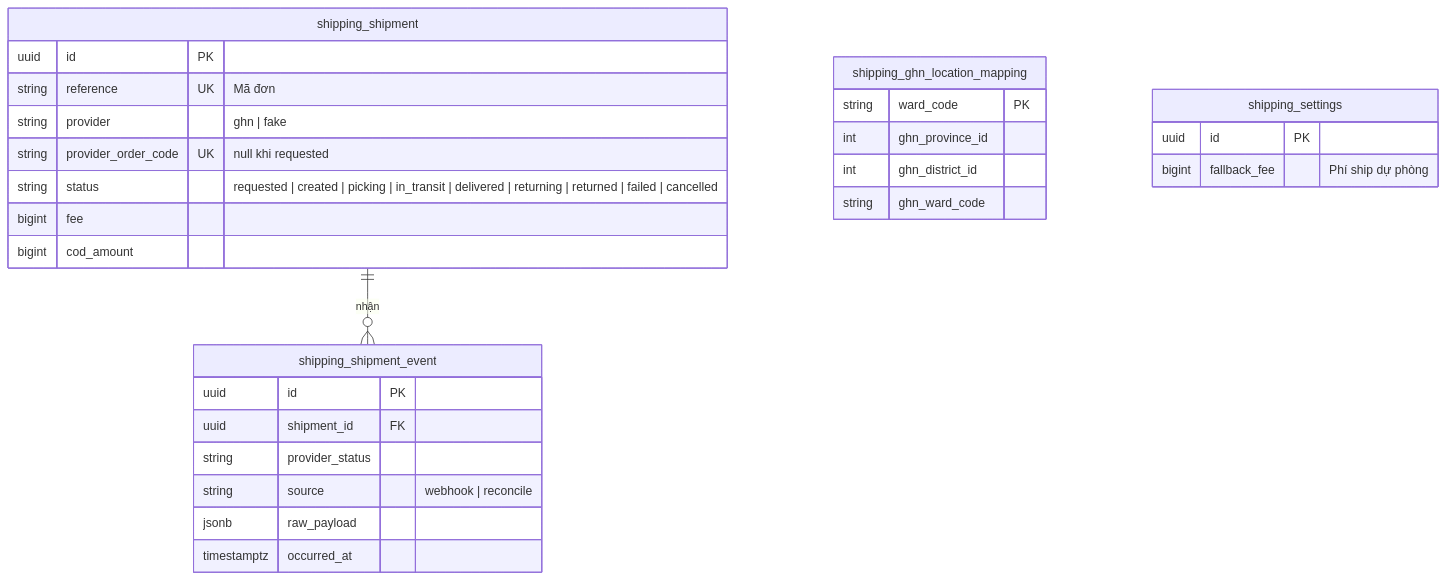
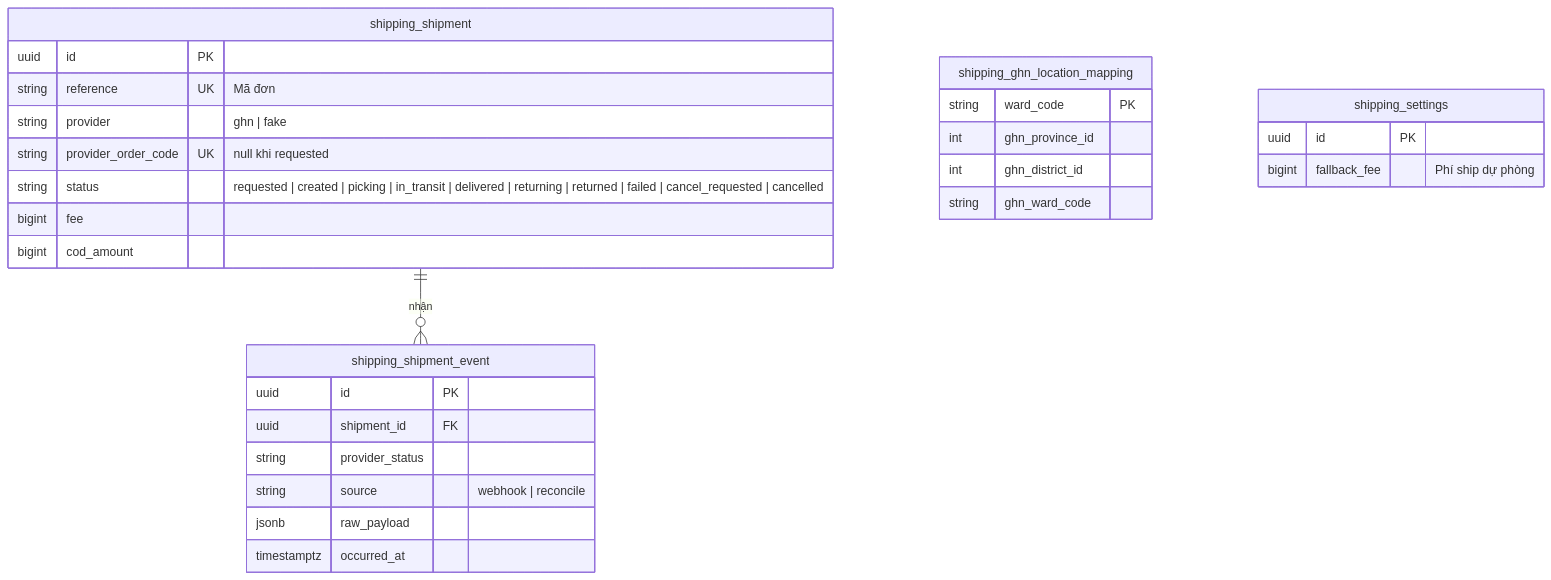
The seventh of 9 diagrams in docs/architecture/03-data-model.md (LuongCongThanh/boilerplate-ecommerce-next-16), drawn with Mermaid before and after one commit. The commit also changed other lines of this file and 7 other files, not shown here.

````diff
--- a/docs/architecture/03-data-model.md
+++ b/docs/architecture/03-data-model.md
@@ -310,31 +310,31 @@
 ```mermaid
 erDiagram
     shipping_shipment ||--o{ shipping_shipment_event : "nhận"
     shipping_shipment {
         uuid id PK
         string reference UK "Mã đơn"
         string provider "ghn | fake"
         string provider_order_code UK "null khi requested"
-        string status "requested | created | picking | in_transit | delivered | returning | returned | failed | cancelled"
+        string status "requested | created | picking | in_transit | delivered | returning | returned | failed | cancel_requested | cancelled"
         bigint fee
         bigint cod_amount
     }
     shipping_shipment_event {
         uuid id PK
         uuid shipment_id FK
         string provider_status
         string source "webhook | reconcile"
         jsonb raw_payload
         timestamptz occurred_at
     }
     shipping_ghn_location_mapping {
         string ward_code PK
         int ghn_province_id
         int ghn_district_id
         string ghn_ward_code
     }
     shipping_settings {
         uuid id PK
         bigint fallback_fee "Phí ship dự phòng"
     }
 ```
````
